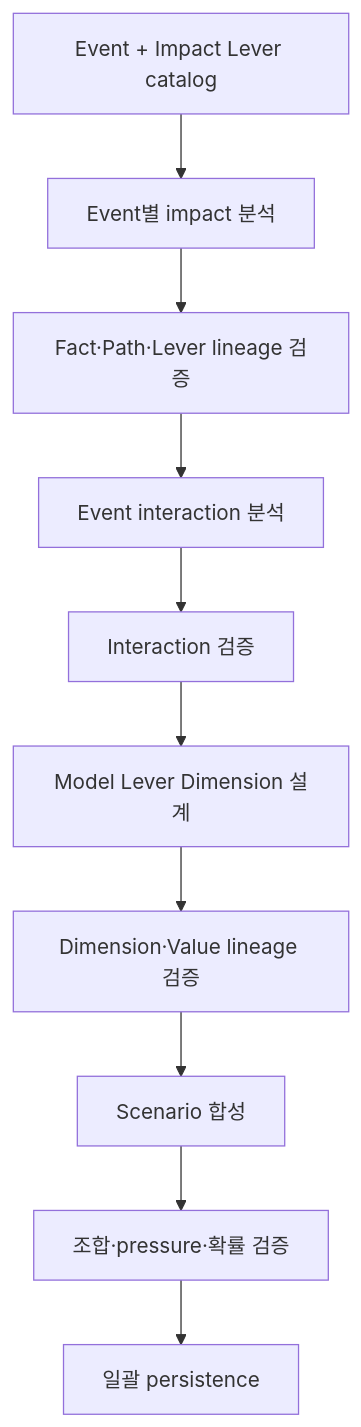
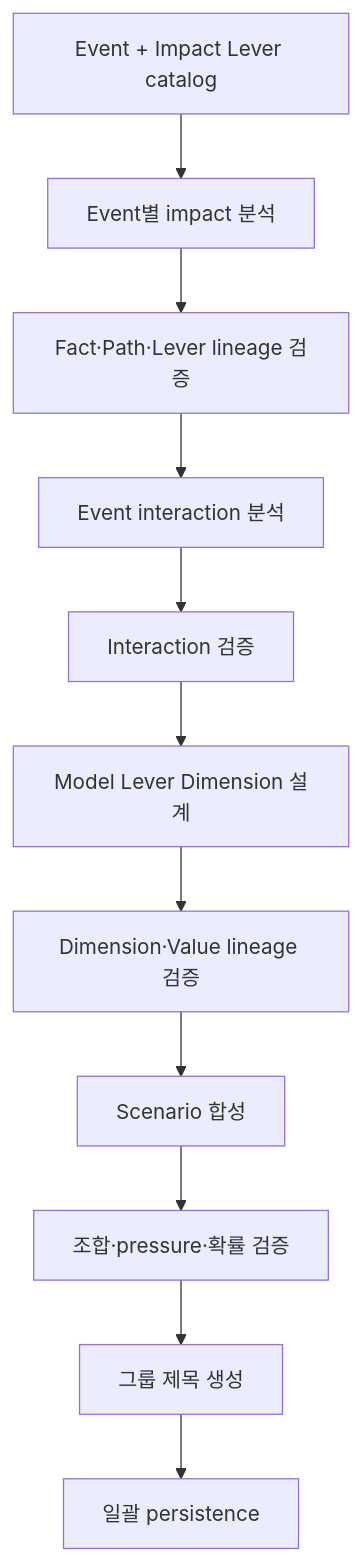
One commit to enkhbaatarL/skmip-mi-agent changed the third of 5 diagrams in docs/agents/scenario_group_agent/03_SCENARIO_GROUP_AGENT_FLOW.md. Above: the diagram before and after it, drawn with Mermaid. The commit also changed other lines of this file and 13 other files, not shown here.

````diff
--- a/docs/agents/scenario_group_agent/03_SCENARIO_GROUP_AGENT_FLOW.md
+++ b/docs/agents/scenario_group_agent/03_SCENARIO_GROUP_AGENT_FLOW.md
@@ -137,12 +137,13 @@
 ```mermaid
 flowchart TD
     A[Event + Impact Lever catalog] --> B[Event별 impact 분석]
     B --> C[Fact·Path·Lever lineage 검증]
     C --> D[Event interaction 분석]
     D --> E[Interaction 검증]
     E --> F[Model Lever Dimension 설계]
     F --> G[Dimension·Value lineage 검증]
     G --> H[Scenario 합성]
     H --> I[조합·pressure·확률 검증]
-    I --> J[일괄 persistence]
+    I --> K[그룹 제목 생성]
+    K --> J[일괄 persistence]
 ```
````
